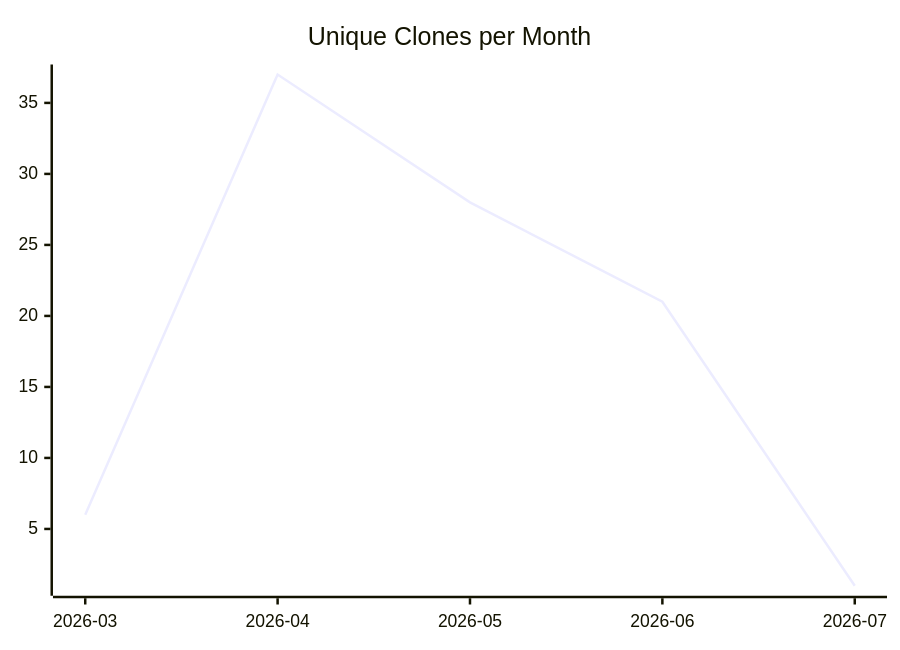
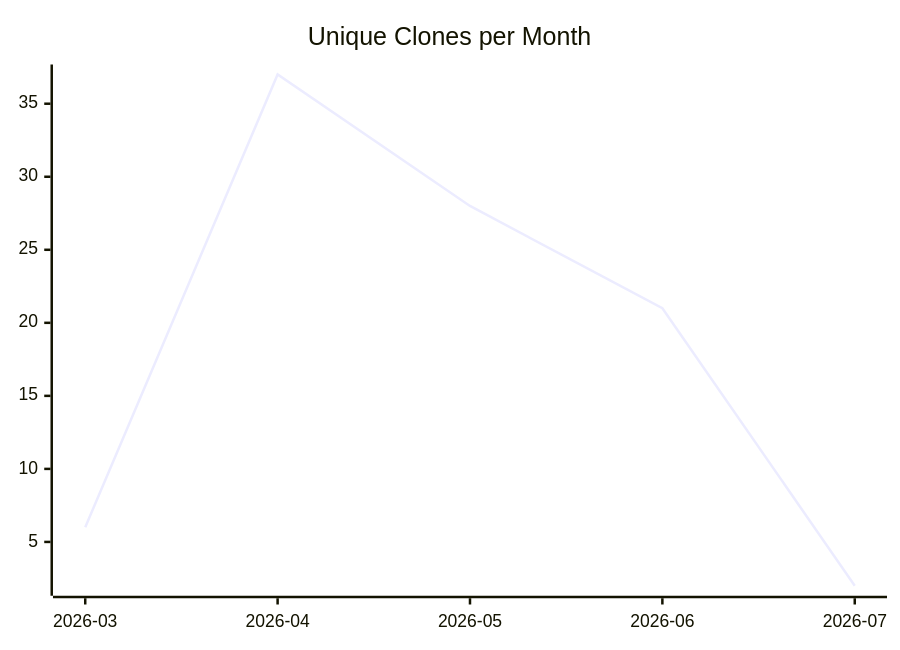
Before and after one commit to justdavis-family/github-analytics-data: the third of 3 diagrams in karlmdavis/ansible-role-jenkins2/README.md, drawn with Mermaid. The commit also changed other lines of this file and 188 other files, not shown here.

````diff
--- a/karlmdavis/ansible-role-jenkins2/README.md
+++ b/karlmdavis/ansible-role-jenkins2/README.md
@@ -19,6 +19,6 @@
 ```mermaid
 xychart-beta
   title "Unique Clones per Month"
   x-axis ["2026-03", "2026-04", "2026-05", "2026-06", "2026-07"]
-  line [6, 37, 28, 21, 1]
+  line [6, 37, 28, 21, 2]
 ```
````
